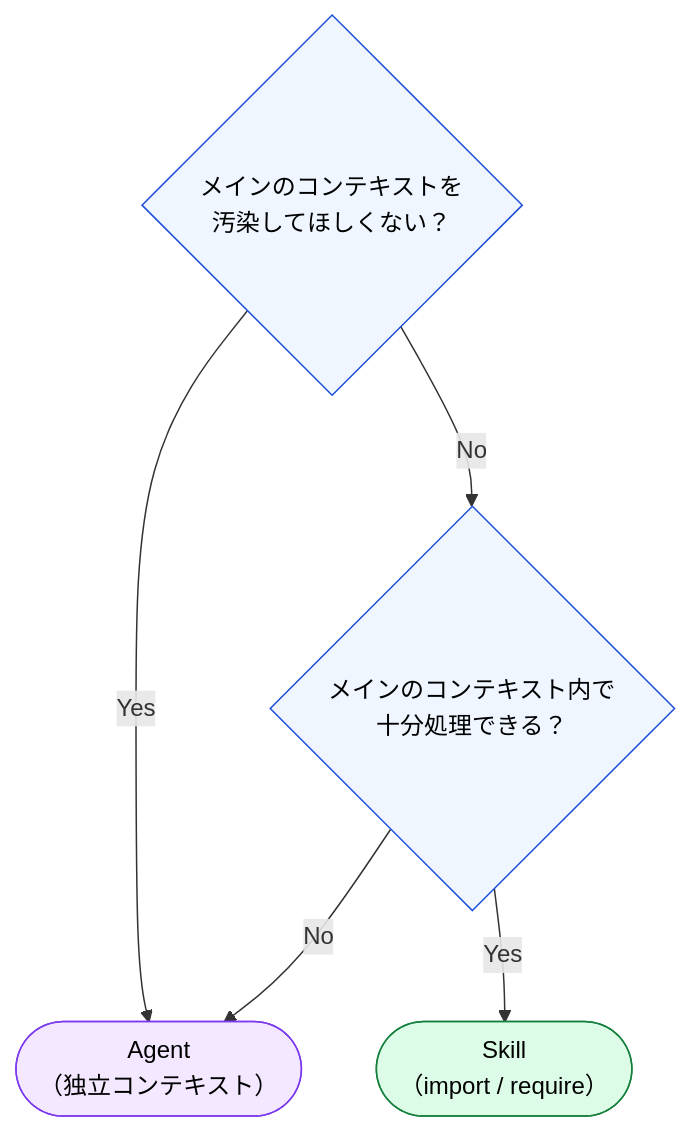
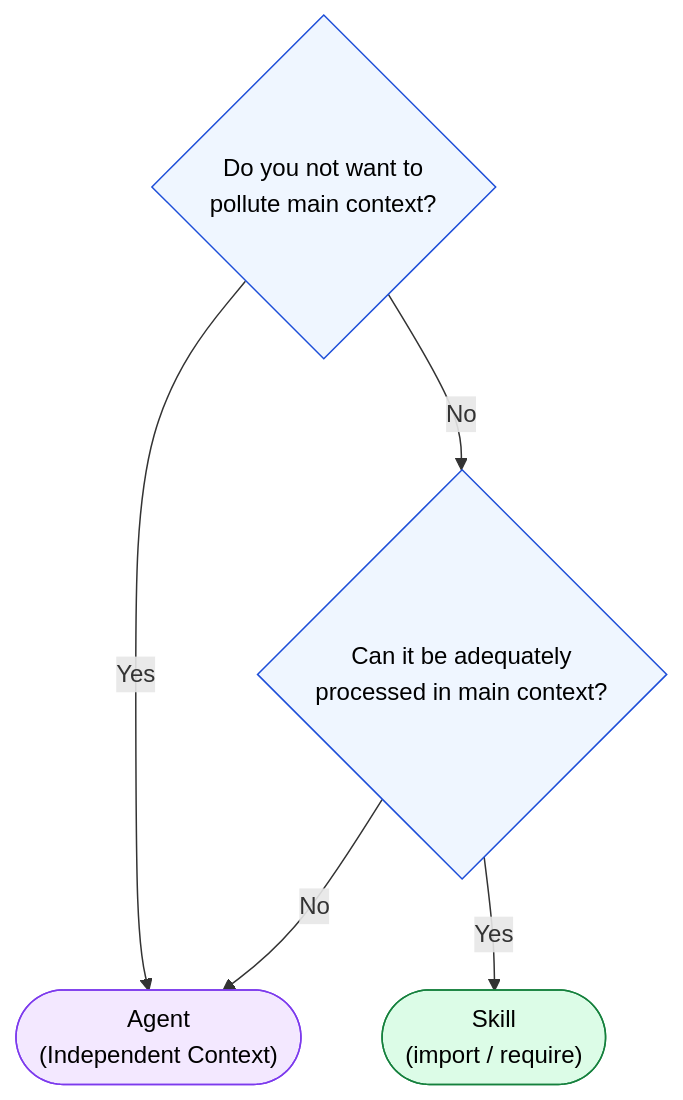
The diagram in docs/05-on-demand-context/skill-vs-agent.md (shuji-bonji/understanding-llm-through-claude-code), drawn with Mermaid before and after one commit. The commit also changed other lines of this file and 100 other files, not shown here.

````diff
--- a/docs/05-on-demand-context/skill-vs-agent.md
+++ b/docs/05-on-demand-context/skill-vs-agent.md
@@ -8,17 +10,17 @@
 ```mermaid
 flowchart TD
-    Q1{"メインのコンテキストを<br>汚染してほしくない？"}
-    Q2{"メインのコンテキスト内で<br>十分処理できる？"}
-    AGENT(["Agent<br>（独立コンテキスト）"])
-    SKILL(["Skill<br>（import / require）"])
+    Q1{"Do you not want to<br>pollute main context?"}
+    Q2{"Can it be adequately<br>processed in main context?"}
+    AGENT(["Agent<br>(Independent Context)"])
+    SKILL(["Skill<br>(import / require)"])
 
     Q1 -->|"Yes"| AGENT
     Q1 -->|"No"| Q2
     Q2 -->|"Yes"| SKILL
     Q2 -->|"No"| AGENT
 
     style Q1 fill:#eff6ff,stroke:#1d4ed8,color:#000
     style Q2 fill:#eff6ff,stroke:#1d4ed8,color:#000
     style AGENT fill:#f3e8ff,stroke:#7c3aed,color:#000
     style SKILL fill:#dcfce7,stroke:#15803d,color:#000
 ```
````
